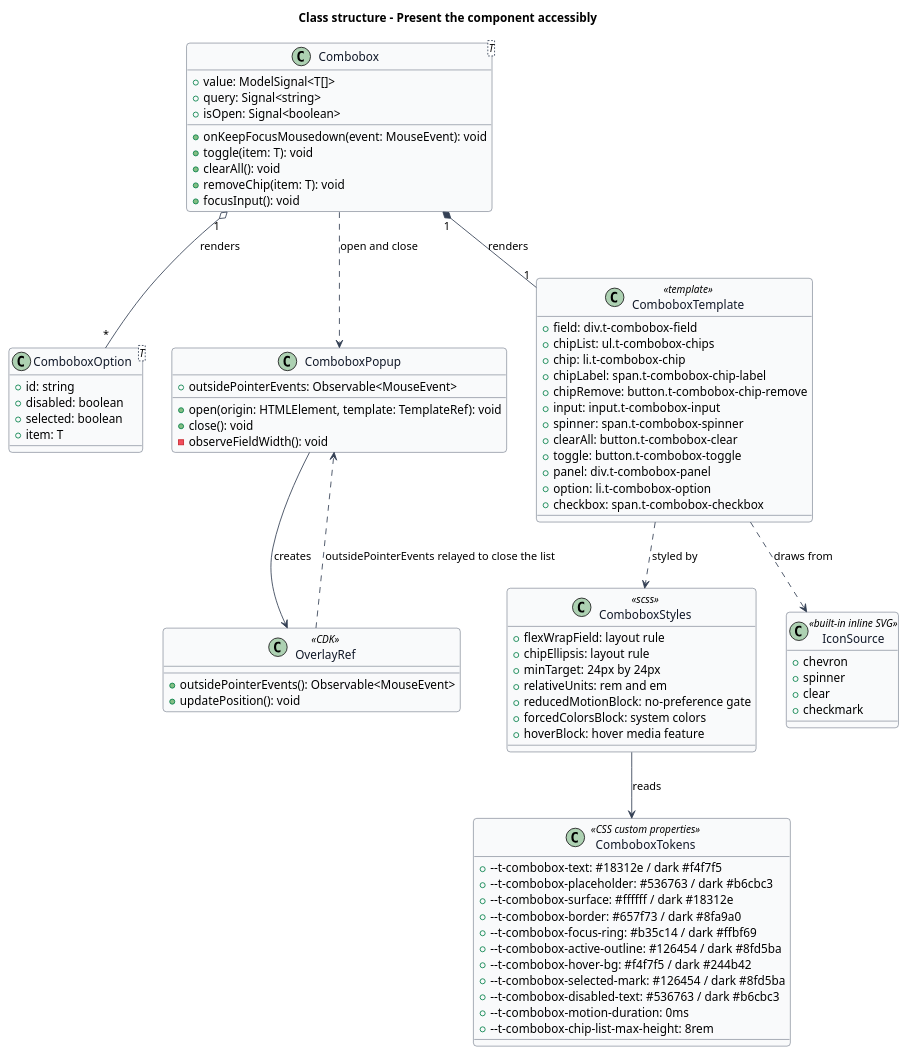
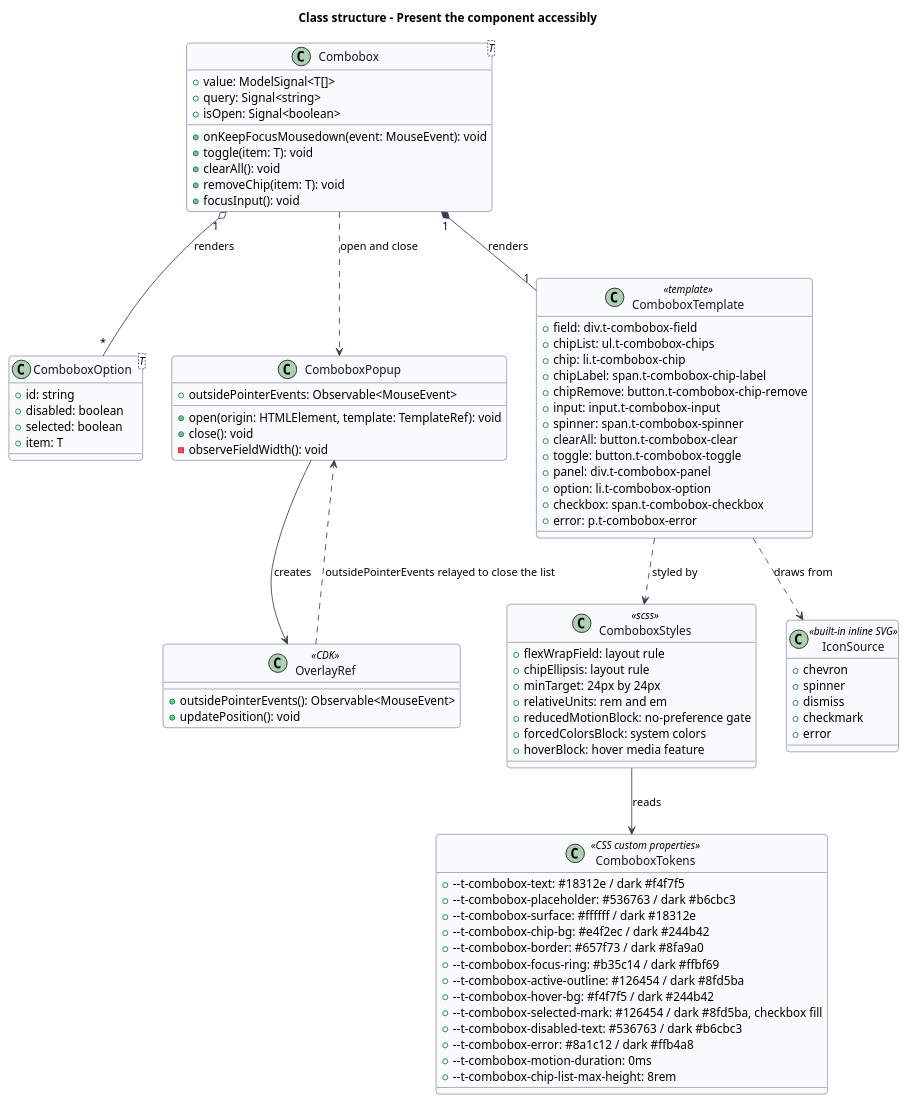
One commit to QuinntyneBrown/Tessera changed the diagram in docs/detailed-designs/combobox/present-accessibly/diagrams/class-structure.puml. Above: the diagram before and after it, drawn with PlantUML. The commit also changed 26 other files, not shown here.

```diff
--- a/docs/detailed-designs/combobox/present-accessibly/diagrams/class-structure.puml
+++ b/docs/detailed-designs/combobox/present-accessibly/diagrams/class-structure.puml
@@ -1,100 +1,104 @@
 @startuml
 ' --- shared skin header ---
 skinparam backgroundColor #FFFFFF
 skinparam shadowing false
 skinparam roundcorner 8
 skinparam defaultFontName Arial
 skinparam ArrowColor #344054
 skinparam class {
   BorderColor #344054
   FontColor #101828
   BackgroundColor #F9FAFB
 }
 ' --------------------------
 title Class structure - Present the component accessibly
 
 class "Combobox<T>" as Combobox {
   +value: ModelSignal<T[]>
   +query: Signal<string>
   +isOpen: Signal<boolean>
   +onKeepFocusMousedown(event: MouseEvent): void
   +toggle(item: T): void
   +clearAll(): void
   +removeChip(item: T): void
   +focusInput(): void
 }
 
 class "ComboboxOption<T>" as ComboboxOption {
   +id: string
   +disabled: boolean
   +selected: boolean
   +item: T
 }
 
 class ComboboxPopup {
   +open(origin: HTMLElement, template: TemplateRef): void
   +close(): void
   +outsidePointerEvents: Observable<MouseEvent>
   -observeFieldWidth(): void
 }
 
 class "OverlayRef" as OverlayRef <<CDK>> {
   +outsidePointerEvents(): Observable<MouseEvent>
   +updatePosition(): void
 }
 
 class ComboboxTemplate <<template>> {
   +field: div.t-combobox-field
   +chipList: ul.t-combobox-chips
   +chip: li.t-combobox-chip
   +chipLabel: span.t-combobox-chip-label
   +chipRemove: button.t-combobox-chip-remove
   +input: input.t-combobox-input
   +spinner: span.t-combobox-spinner
   +clearAll: button.t-combobox-clear
   +toggle: button.t-combobox-toggle
   +panel: div.t-combobox-panel
   +option: li.t-combobox-option
   +checkbox: span.t-combobox-checkbox
+  +error: p.t-combobox-error
 }
 
 class ComboboxStyles <<scss>> {
   +flexWrapField: layout rule
   +chipEllipsis: layout rule
   +minTarget: 24px by 24px
   +relativeUnits: rem and em
   +reducedMotionBlock: no-preference gate
   +forcedColorsBlock: system colors
   +hoverBlock: hover media feature
 }
 
 class ComboboxTokens <<CSS custom properties>> {
   +--t-combobox-text: #18312e / dark #f4f7f5
   +--t-combobox-placeholder: #536763 / dark #b6cbc3
   +--t-combobox-surface: #ffffff / dark #18312e
+  +--t-combobox-chip-bg: #e4f2ec / dark #244b42
   +--t-combobox-border: #657f73 / dark #8fa9a0
   +--t-combobox-focus-ring: #b35c14 / dark #ffbf69
   +--t-combobox-active-outline: #126454 / dark #8fd5ba
   +--t-combobox-hover-bg: #f4f7f5 / dark #244b42
-  +--t-combobox-selected-mark: #126454 / dark #8fd5ba
+  +--t-combobox-selected-mark: #126454 / dark #8fd5ba, checkbox fill
   +--t-combobox-disabled-text: #536763 / dark #b6cbc3
+  +--t-combobox-error: #8a1c12 / dark #ffb4a8
   +--t-combobox-motion-duration: 0ms
   +--t-combobox-chip-list-max-height: 8rem
 }
 
 class IconSource <<built-in inline SVG>> {
   +chevron
   +spinner
-  +clear
+  +dismiss
   +checkmark
+  +error
 }
 
 Combobox "1" *-- "1" ComboboxTemplate : renders
 Combobox "1" o-- "*" ComboboxOption : renders
 Combobox ..> ComboboxPopup : open and close
 ComboboxPopup --> OverlayRef : creates
 OverlayRef ..> ComboboxPopup : outsidePointerEvents relayed to close the list
 ComboboxTemplate ..> ComboboxStyles : styled by
 ComboboxStyles --> ComboboxTokens : reads
 ComboboxTemplate ..> IconSource : draws from
 @enduml
```
